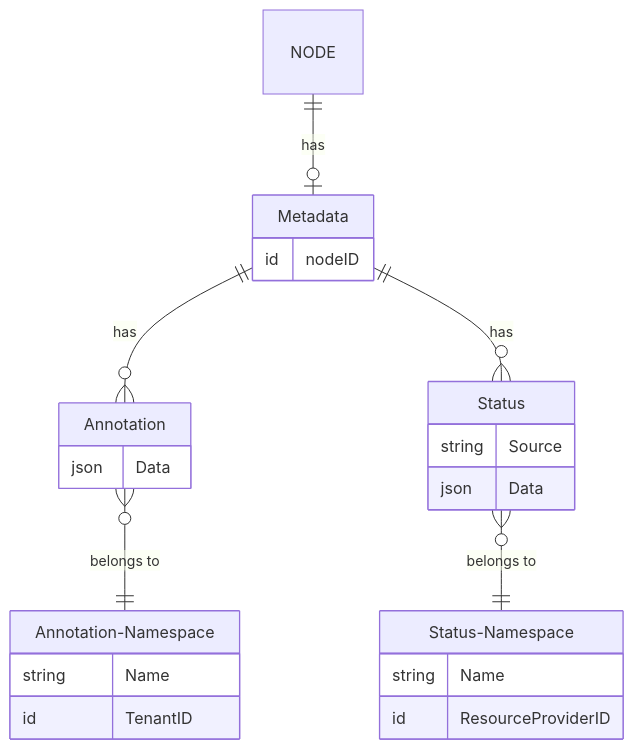
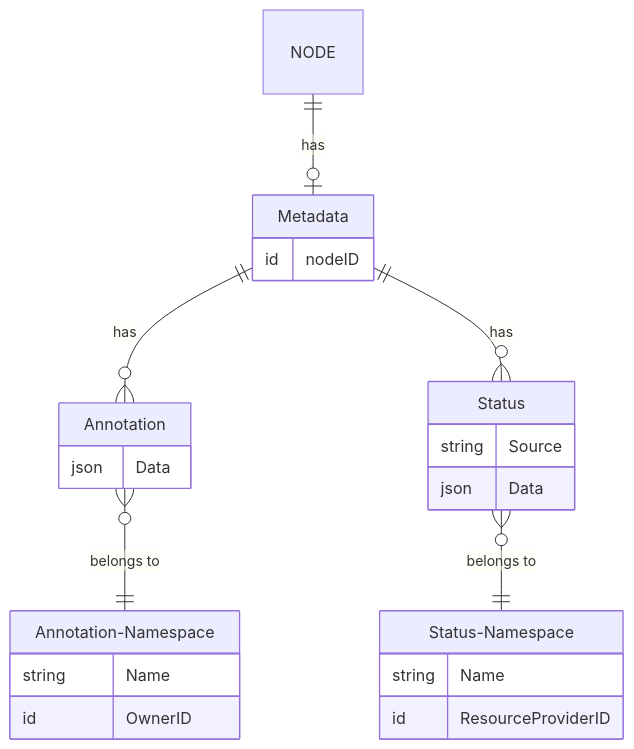
Before and after one commit to rizzza/metadata-api: the diagram in README.md, drawn with Mermaid. The commit also changed 38 other files, not shown here.

````diff
--- a/README.md
+++ b/README.md
@@ -9,30 +9,30 @@
 ```mermaid
 erDiagram
     NODE ||--o| Metadata : "has"
     Metadata {
         id nodeID
     }
 
     Metadata ||--o{ Annotation : "has"
     Annotation {
         json Data
     }
 
     Annotation }o--|| Annotation-Namespace : "belongs to"
     Annotation-Namespace {
         string Name
-        id TenantID
+        id OwnerID
     }
 
     Metadata ||--o{ Status : "has"
     Status {
         string Source
         json Data
     }
 
     Status }o--|| Status-Namespace : "belongs to"
     Status-Namespace {
         string Name
         id ResourceProviderID
     }
 ```
````
